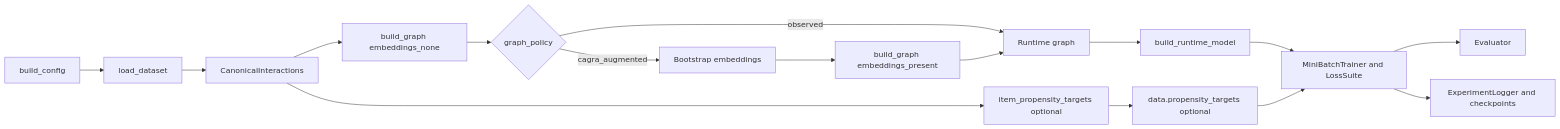
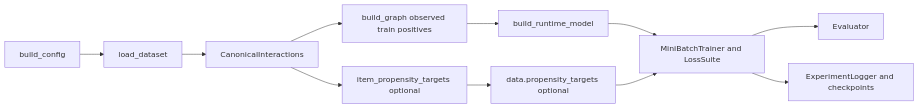
One commit to LazarosPan/Efficient-Disentangled-Graph-Recommender changed the diagram in .agents/skills/edgrec-implementation/edgrec_full.md. Above: the diagram before and after it, drawn with Mermaid. The commit also changed other lines of this file and 7 other files, not shown here.

Commit message:
refactor: remove CAGRA references and update documentation for observed graph policies and configurations

````diff
--- a/.agents/skills/edgrec-implementation/edgrec_full.md
+++ b/.agents/skills/edgrec-implementation/edgrec_full.md
@@ -19,18 +19,13 @@
 ```mermaid
 flowchart LR
     A[build_config] --> B[load_dataset]
     B --> C[CanonicalInteractions]
-    C --> D[build_graph embeddings_none]
-    D --> E{graph_policy}
-    E -->|observed| F[Runtime graph]
-    E -->|cagra_augmented| G[Bootstrap embeddings]
-    G --> H[build_graph embeddings_present]
-    H --> F
+    C --> F[build_graph observed train positives]
     C --> I[item_propensity_targets optional]
     F --> J[build_runtime_model]
     J --> K[MiniBatchTrainer and LossSuite]
     I --> L[data.propensity_targets optional]
     L --> K
     K --> M[Evaluator]
     K --> N[ExperimentLogger and checkpoints]
 ```
````
